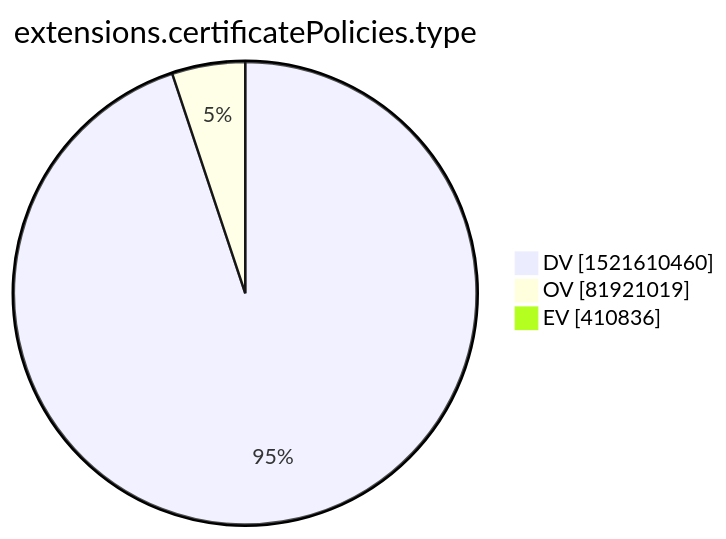
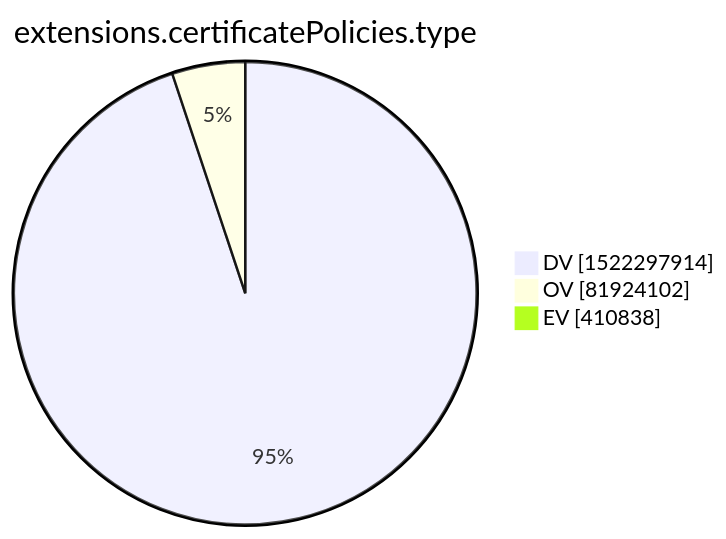
One commit to christiankrug/ctmonitor_visualization changed the tenth of 15 diagrams in xenon2022/README.md. Above: the diagram before and after it, drawn with Mermaid. The commit also changed other lines of this file, not shown here.

````diff
--- a/xenon2022/README.md
+++ b/xenon2022/README.md
@@ -2875,7 +2875,7 @@
 ```mermaid
 pie showData
 title extensions.certificatePolicies.type
-"DV" :1521610460
-"OV" :81921019
-"EV" :410836
+"DV" :1522297914
+"OV" :81924102
+"EV" :410838
 ```
````
